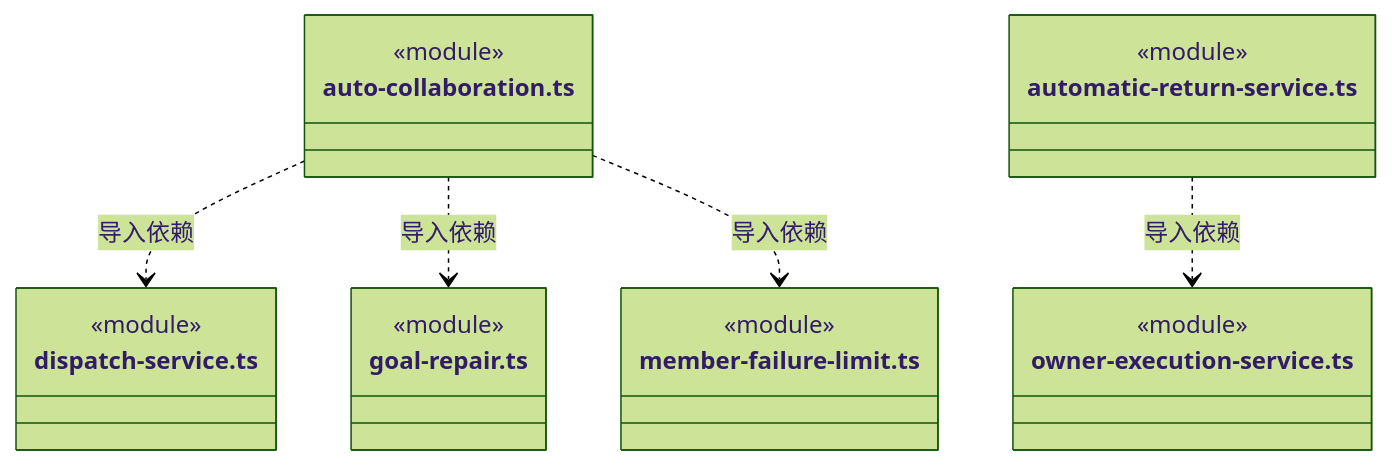
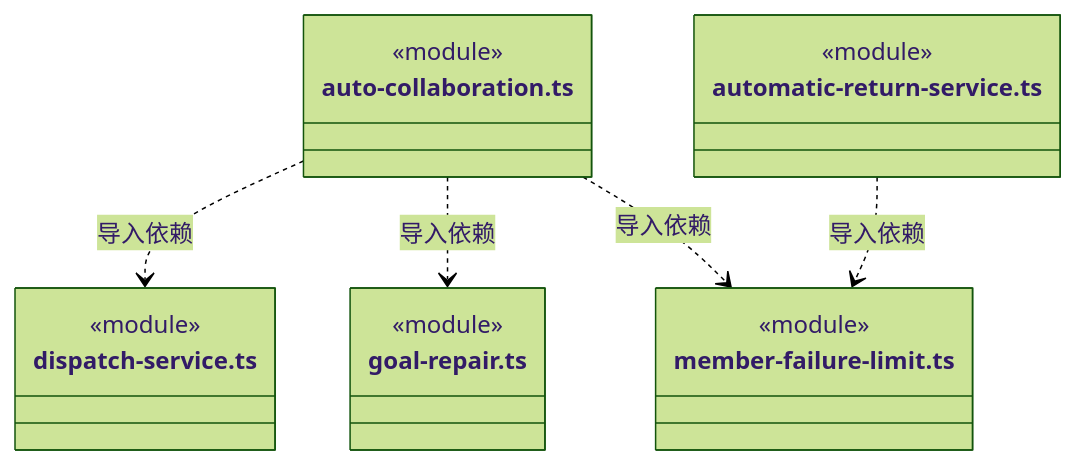
Diagram 14 of 15 in src/logic/dispatch/runtime/ARCHITECTURE.md (nan023062/cbim), drawn with Mermaid (forest theme) before and after one commit. The commit also changed other lines of this file and 112 other files, not shown here.

Commit message:
docs: align source architecture with current declarations and contracts

````diff
--- a/src/logic/dispatch/runtime/ARCHITECTURE.md
+++ b/src/logic/dispatch/runtime/ARCHITECTURE.md
@@ -502,25 +502,22 @@
 ```mermaid
 classDiagram
 class N_src_logic_dispatch_runtime_auto_collaboration_ts["auto-collaboration.ts"] {
   <<module>>
 }
 class N_src_logic_dispatch_runtime_dispatch_service_ts["dispatch-service.ts"] {
   <<module>>
 }
 class N_src_logic_dispatch_runtime_goal_repair_ts["goal-repair.ts"] {
   <<module>>
 }
 class N_src_logic_dispatch_runtime_member_failure_limit_ts["member-failure-limit.ts"] {
   <<module>>
 }
 class N_src_logic_dispatch_runtime_automatic_return_service_ts["automatic-return-service.ts"] {
   <<module>>
 }
-class N_src_logic_dispatch_runtime_owner_execution_service_ts["owner-execution-service.ts"] {
-  <<module>>
-}
 N_src_logic_dispatch_runtime_auto_collaboration_ts ..> N_src_logic_dispatch_runtime_dispatch_service_ts : 导入依赖
 N_src_logic_dispatch_runtime_auto_collaboration_ts ..> N_src_logic_dispatch_runtime_goal_repair_ts : 导入依赖
 N_src_logic_dispatch_runtime_auto_collaboration_ts ..> N_src_logic_dispatch_runtime_member_failure_limit_ts : 导入依赖
-N_src_logic_dispatch_runtime_automatic_return_service_ts ..> N_src_logic_dispatch_runtime_owner_execution_service_ts : 导入依赖
+N_src_logic_dispatch_runtime_automatic_return_service_ts ..> N_src_logic_dispatch_runtime_member_failure_limit_ts : 导入依赖
 ```
````
